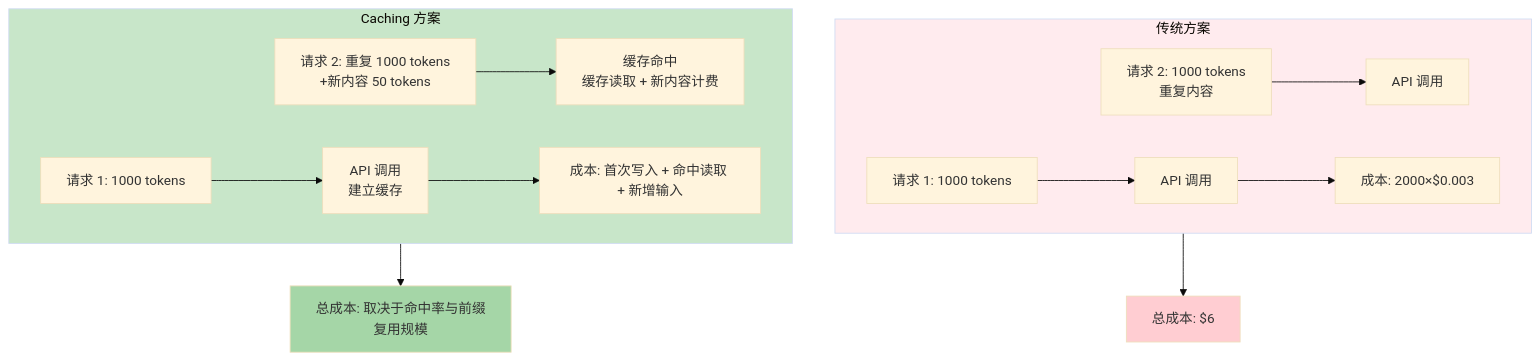
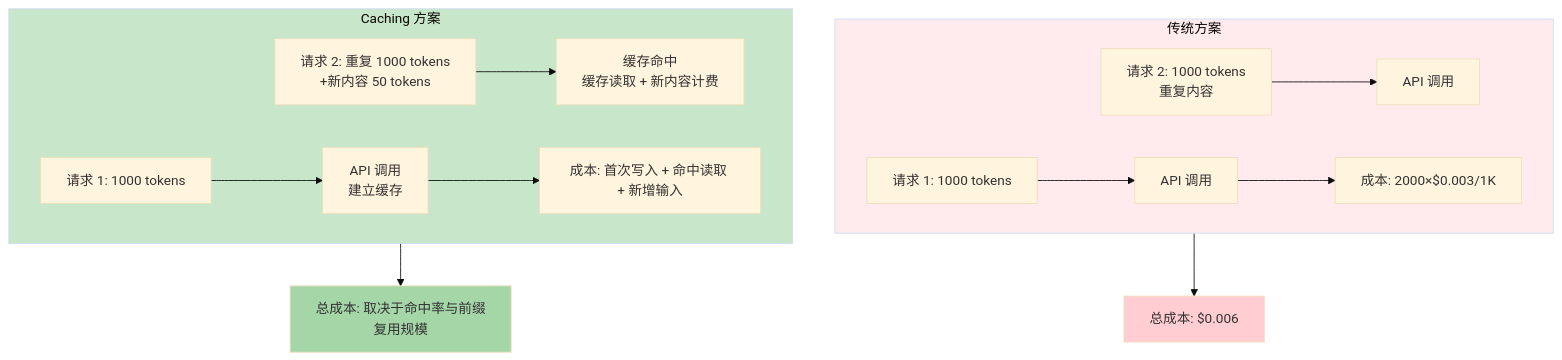
One commit to yeasy/prompt_engineering_guide changed the third of 6 diagrams in 12_automated_pe/12.5_promptops_cost_management.md. Above: the diagram before and after it, drawn with Mermaid (base theme). The commit also changed other lines of this file and 11 other files, not shown here.

````diff
--- a/12_automated_pe/12.5_promptops_cost_management.md
+++ b/12_automated_pe/12.5_promptops_cost_management.md
@@ -211,22 +211,22 @@
 ```mermaid
 flowchart TB
     subgraph Traditional["传统方案"]
         TReq1["请求 1: 1000 tokens"] --> TAPI1["API 调用"]
         TReq2["请求 2: 1000 tokens<br/>重复内容"] --> TAPI2["API 调用"]
-        TAPI1 --> TCost["成本: 2000×$0.003"]
+        TAPI1 --> TCost["成本: 2000×$0.003/1K"]
     end
 
     subgraph Caching["Caching 方案"]
         CReq1["请求 1: 1000 tokens"] --> CAPI1["API 调用<br/>建立缓存"]
         CReq2["请求 2: 重复 1000 tokens<br/>+新内容 50 tokens"] --> Cache["缓存命中<br/>缓存读取 + 新内容计费"]
         CAPI1 --> CCost["成本: 首次写入 + 命中读取 + 新增输入"]
     end
 
-    Traditional --> Result1["总成本: $6"]
+    Traditional --> Result1["总成本: $0.006"]
     Caching --> Result2["总成本: 取决于命中率与前缀复用规模"]
 
     style Traditional fill:#ffebee
     style Caching fill:#c8e6c9
     style Result1 fill:#ffcdd2
     style Result2 fill:#a5d6a7
 ```
````
